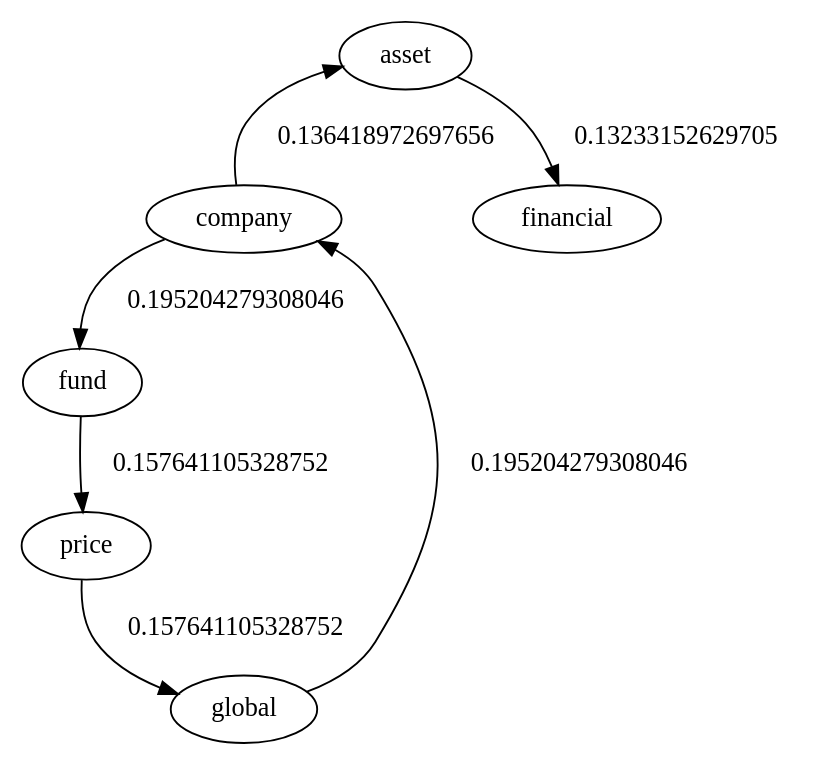
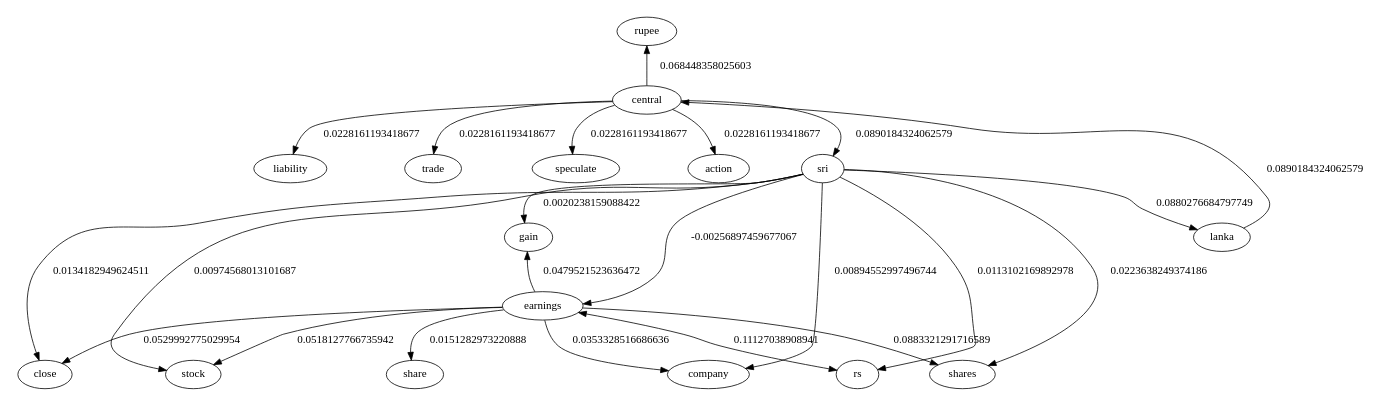
Before and after one commit to Achikumarasinghe/research_final: the diagram in Igraph.dot, drawn with Graphviz. The commit also changed 8 other files, not shown here.

```diff
--- a/Igraph.dot
+++ b/Igraph.dot
@@ -1,9 +1,25 @@
 digraph family {
 	size="10,10";
-asset->company[len=4.09074308190703,label=0.136418972697656,dir=back];
-asset->financial[len=4.10300542110885,label=0.13233152629705];
-fund->price[len=4.02707668401374,label=0.157641105328752];
-price->global[len=4.02707668401374,label=0.157641105328752];
-global->company[len=3.91438716207586,label=0.195204279308046];
-company->fund[len=3.91438716207586,label=0.195204279308046];
+central->liability[len=4.4315516419744,label=0.0228161193418677];
+central->trade[len=4.4315516419744,label=0.0228161193418677];
+central->speculate[len=4.4315516419744,label=0.0228161193418677];
+central->action[len=4.4315516419744,label=0.0228161193418677];
+sri->gain[len=4.49392855227347,label=0.0020238159088422];
+sri->company[len=4.4731634100751,label=0.00894552997496744];
+sri->stock[len=4.47076295960695,label=0.00974568013101687];
+sri->close[len=4.45974511511265,label=0.0134182949624511];
+sri->earnings[len=4.50770692379031,label=-0.00256897459677067];
+sri->rs[len=4.46606934903211,label=0.0113102169892978];
+sri->shares[len=4.43290852518774,label=0.0223638249374186];
+rupee->central[len=4.29465492592319,label=0.068448358025603,dir=back];
+central->sri[len=4.23294470278123,label=0.0890184324062579];
+sri->lanka[len=4.23591699456068,label=0.0880276684797749];
+lanka->central[len=4.23294470278123,label=0.0890184324062579];
+earnings->company[len=4.39400144499401,label=0.0353328516686636];
+gain->earnings[len=4.35614354290906,label=0.0479521523636472,dir=back];
+earnings->stock[len=4.34456166997922,label=0.0518127766735942];
+earnings->close[len=4.34100216749101,label=0.0529992775029954];
+earnings->shares[len=4.23500361248502,label=0.0883321291716589];
+earnings->rs[len=4.16618883273177,label=0.11127038908941,dir=both];
+earnings->share[len=4.45461510803373,label=0.0151282973220888];
 }
```
